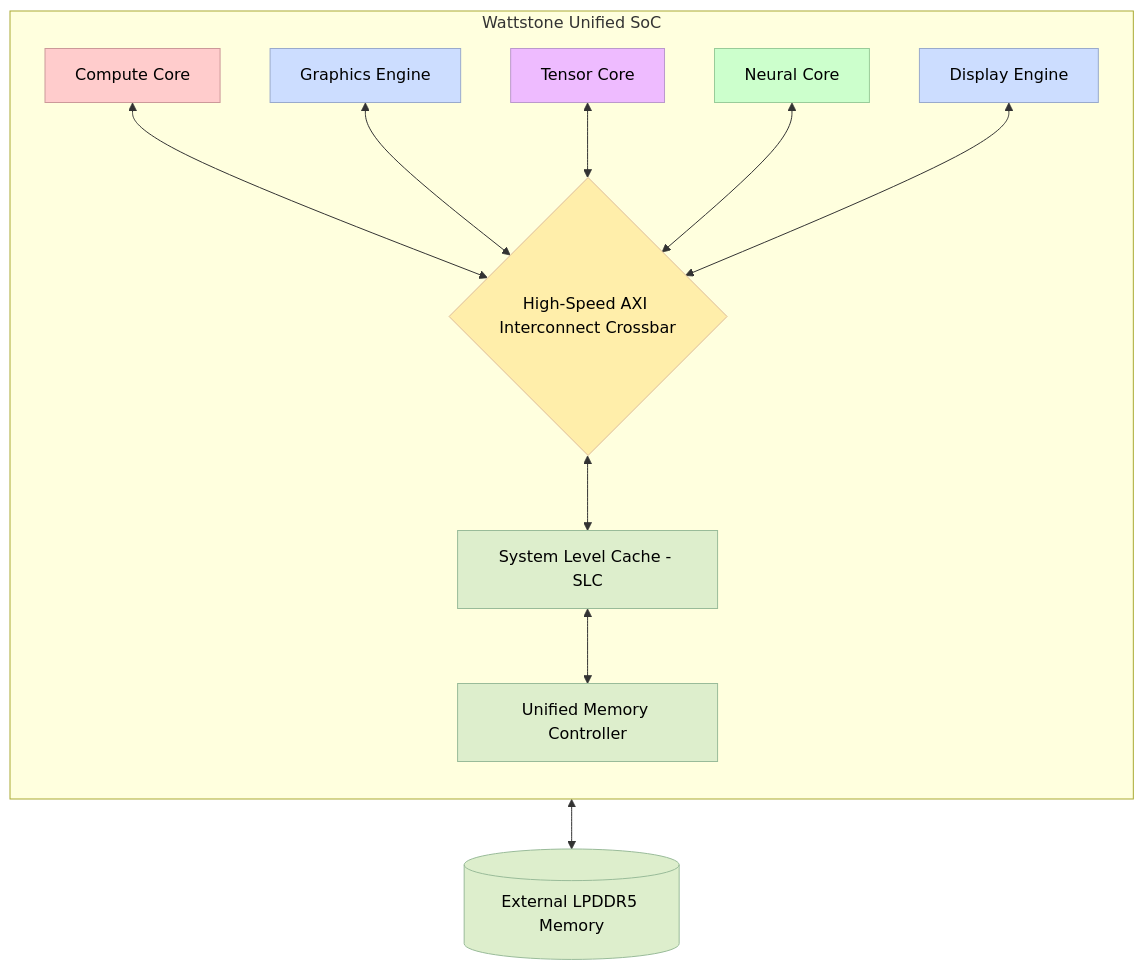
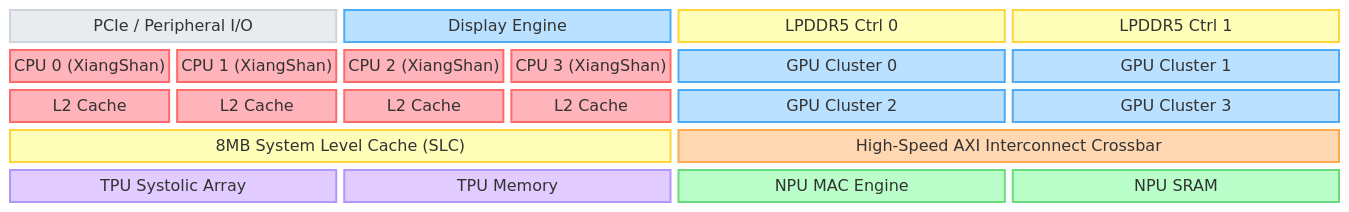
The first of 5 diagrams in README.md (DoguparthiAakash/Wattstone), drawn with Mermaid before and after one commit. The commit also changed 1 other file, not shown here.

````diff
--- a/README.md
+++ b/README.md
@@ -31,38 +31,38 @@
 ```mermaid
-graph TD
-    classDef cpu fill:#ffcccc,stroke:#cc9999,color:#000
-    classDef gpu fill:#ccddff,stroke:#99aacc,color:#000
-    classDef tpu fill:#eebbff,stroke:#bb99cc,color:#000
-    classDef npu fill:#ccffcc,stroke:#99cc99,color:#000
-    classDef uncore fill:#ffeeaa,stroke:#ddbb99,color:#000
-    classDef mem fill:#ddeecc,stroke:#99bb99,color:#000
+block-beta
+  columns 8
+  
+  %% Row 1: High Speed Interfaces
+  PCIe["PCIe / Peripheral I/O"]:2 DISP["Display Engine"]:2 DDR1["LPDDR5 Ctrl 0"]:2 DDR2["LPDDR5 Ctrl 1"]:2
+  
+  %% Row 2: CPU and GPU
+  CPU0["CPU 0 (XiangShan)"] CPU1["CPU 1 (XiangShan)"] CPU2["CPU 2 (XiangShan)"] CPU3["CPU 3 (XiangShan)"] GPU1["GPU Cluster 0"]:2 GPU2["GPU Cluster 1"]:2
+  
+  %% Row 3: Caches and GPU
+  L2_0["L2 Cache"] L2_1["L2 Cache"] L2_2["L2 Cache"] L2_3["L2 Cache"] GPU3["GPU Cluster 2"]:2 GPU4["GPU Cluster 3"]:2
+  
+  %% Row 4: SLC and Crossbar
+  SLC["8MB System Level Cache (SLC)"]:4 AXI["High-Speed AXI Interconnect Crossbar"]:4
+  
+  %% Row 5: AI Accelerators
+  TPU_SA["TPU Systolic Array"]:2 TPU_Mem["TPU Memory"]:2 NPU_MAC["NPU MAC Engine"]:2 NPU_SRAM["NPU SRAM"]:2
+  
+  %% Style definitions
+  classDef cpu fill:#ffb3ba,stroke:#ff6b6b,stroke-width:2px,color:#000
+  classDef gpu fill:#bae1ff,stroke:#4dabf7,stroke-width:2px,color:#000
+  classDef tpu fill:#e2cbff,stroke:#b197fc,stroke-width:2px,color:#000
+  classDef npu fill:#baffc9,stroke:#69db7c,stroke-width:2px,color:#000
+  classDef mem fill:#ffffba,stroke:#ffd43b,stroke-width:2px,color:#000
+  classDef io fill:#e9ecef,stroke:#ced4da,stroke-width:2px,color:#000
+  classDef uncore fill:#ffd8b1,stroke:#ffa94d,stroke-width:2px,color:#000
 
-    subgraph Wattstone [Wattstone Unified SoC]
-        direction TB
-        
-        CPU[Compute Core]:::cpu
-        GPU[Graphics Engine]:::gpu
-        TPU[Tensor Core]:::tpu
-        NPU[Neural Core]:::npu
-        DISP[Display Engine]:::gpu
-        
-        AXI{High-Speed AXI Interconnect Crossbar}:::uncore
-        
-        CPU <--> AXI
-        GPU <--> AXI
-        TPU <--> AXI
-        NPU <--> AXI
-        DISP <--> AXI
-        
-        SLC[System Level Cache - SLC]:::mem
-        
-        AXI <--> SLC
-        
-        UMC[Unified Memory Controller]:::mem
-        
-        SLC <--> UMC
-    end
-    
-    DDR[(External LPDDR5 Memory)]:::mem
-    UMC <--> DDR
+  class CPU0,CPU1,CPU2,CPU3 cpu
+  class L2_0,L2_1,L2_2,L2_3 cpu
+  class GPU1,GPU2,GPU3,GPU4 gpu
+  class DISP gpu
+  class TPU_SA,TPU_Mem tpu
+  class NPU_MAC,NPU_SRAM npu
+  class SLC,DDR1,DDR2 mem
+  class PCIe io
+  class AXI uncore
 ```
````
